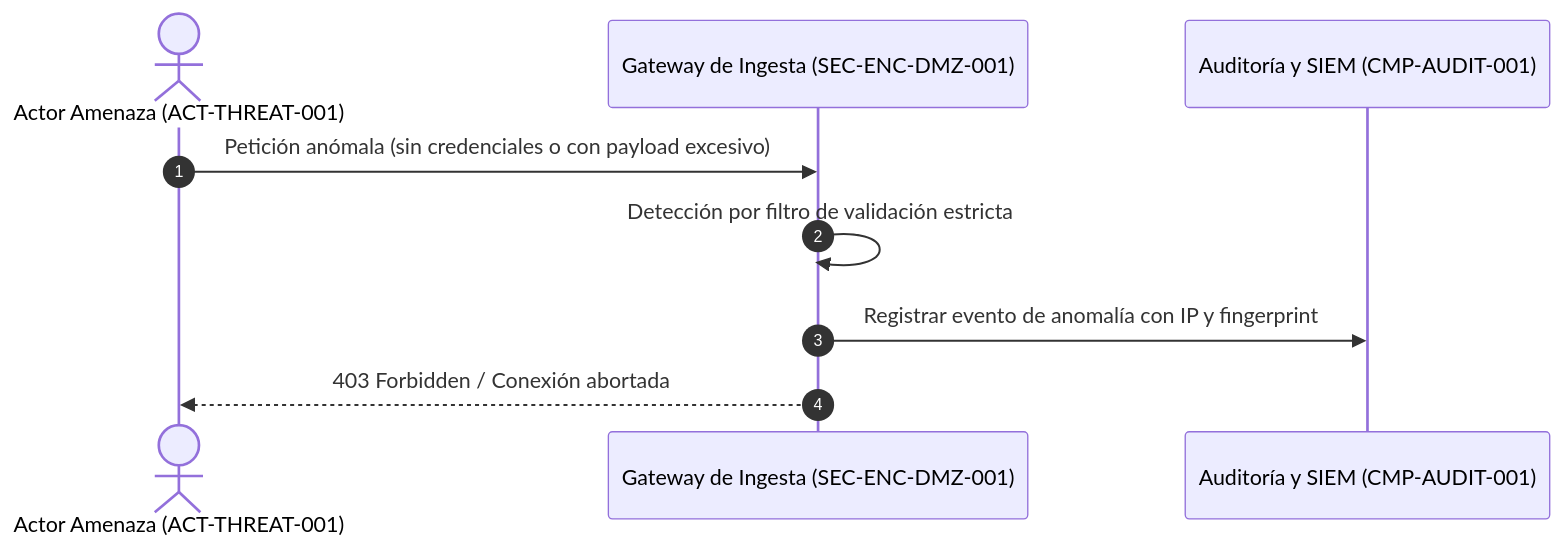
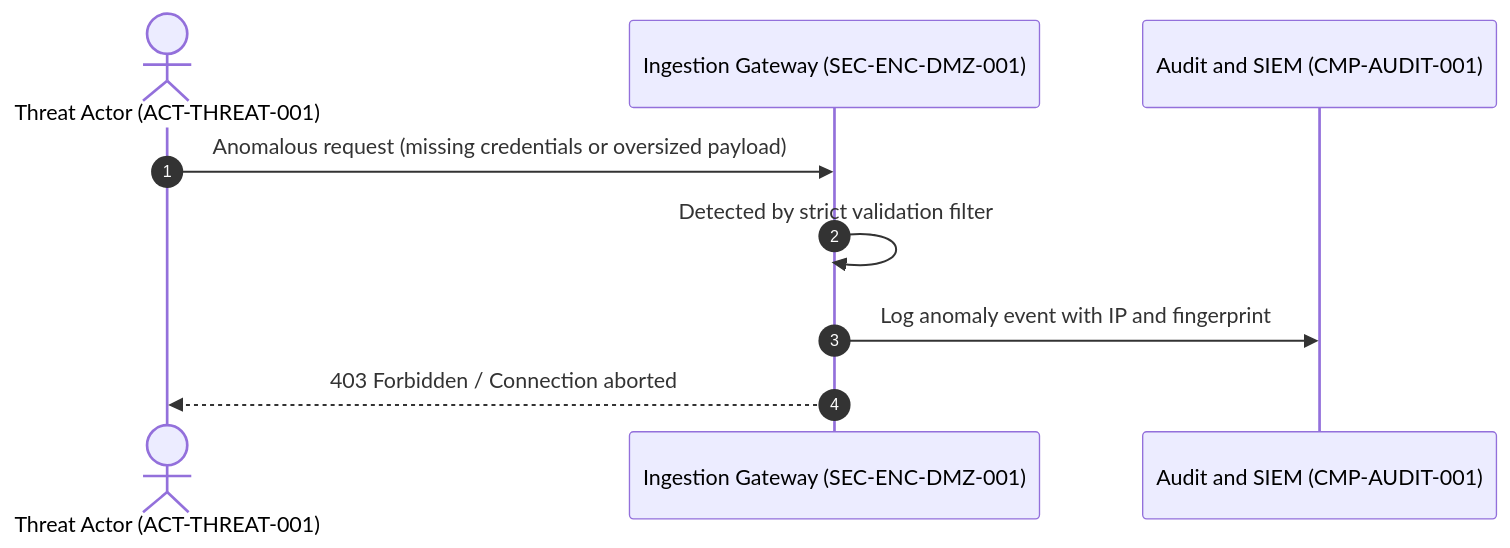
The second of 2 diagrams in templates/architecture/runtime-view.template.md (altromon/AI-SDLC), drawn with Mermaid before and after one commit. The commit also changed other lines of this file and 125 other files, not shown here.

````diff
--- a/templates/architecture/runtime-view.template.md
+++ b/templates/architecture/runtime-view.template.md
@@ -54,12 +54,12 @@
 ```mermaid
 sequenceDiagram
     autonumber
-    actor Attacker as Actor Amenaza (ACT-THREAT-001)
-    participant DMZ as Gateway de Ingesta (SEC-ENC-DMZ-001)
-    participant SIEM as Auditoría y SIEM (CMP-AUDIT-001)
+    actor Attacker as Threat Actor (ACT-THREAT-001)
+    participant DMZ as Ingestion Gateway (SEC-ENC-DMZ-001)
+    participant SIEM as Audit and SIEM (CMP-AUDIT-001)
 
-    Attacker->>DMZ: Petición anómala (sin credenciales o con payload excesivo)
-    DMZ->>DMZ: Detección por filtro de validación estricta
-    DMZ->>SIEM: Registrar evento de anomalía con IP y fingerprint
-    DMZ-->>Attacker: 403 Forbidden / Conexión abortada
+    Attacker->>DMZ: Anomalous request (missing credentials or oversized payload)
+    DMZ->>DMZ: Detected by strict validation filter
+    DMZ->>SIEM: Log anomaly event with IP and fingerprint
+    DMZ-->>Attacker: 403 Forbidden / Connection aborted
 ```
````
